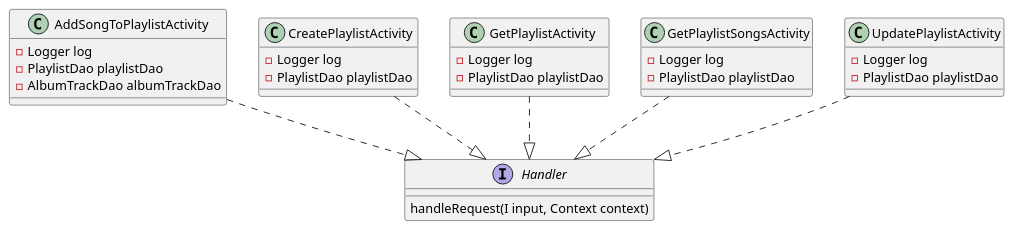
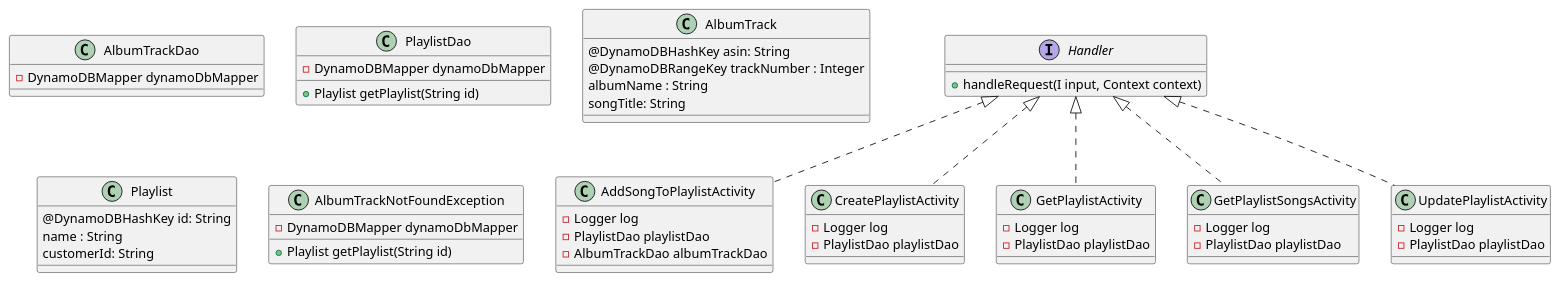
The diagram in src/resources/mastery-task1-music-playlist-CD.puml (Kubwayojc/Music_PlayList_Service), drawn with PlantUML before and after one commit.

```diff
--- a/src/resources/mastery-task1-music-playlist-CD.puml
+++ b/src/resources/mastery-task1-music-playlist-CD.puml
@@ -1,45 +1,80 @@
 @startuml
 'https://plantuml.com/class-diagram
 
 interface Handler{
-    {method}handleRequest(I input, Context context)
+    +handleRequest(I input, Context context)
 }
 
 class AddSongToPlaylistActivity {
--{field}Logger log
--{field}PlaylistDao playlistDao
--{field}AlbumTrackDao albumTrackDao
+-Logger log
+-PlaylistDao playlistDao
+-AlbumTrackDao albumTrackDao
 }
 
 
 class CreatePlaylistActivity {
--{field}Logger log
--{field}PlaylistDao playlistDao
+-Logger log
+-PlaylistDao playlistDao
 }
 
 class GetPlaylistActivity {
--{field}Logger log
--{field}PlaylistDao playlistDao
+-Logger log
+-PlaylistDao playlistDao
 }
 
 class GetPlaylistSongsActivity {
--{field}Logger log
--{field}PlaylistDao playlistDao
+-Logger log
+-PlaylistDao playlistDao
 }
 
 
 class UpdatePlaylistActivity {
--{field}Logger log
--{field}PlaylistDao playlistDao
+-Logger log
+-PlaylistDao playlistDao
 }
 
-AddSongToPlaylistActivity ..|> Handler
-CreatePlaylistActivity  ..|> Handler
-GetPlaylistActivity ..|> Handler
-GetPlaylistSongsActivity ..|> Handler
-UpdatePlaylistActivity ..|> Handler
+class AlbumTrackDao {
+-DynamoDBMapper dynamoDbMapper
+}
+
+class PlaylistDao {
+-DynamoDBMapper dynamoDbMapper
++Playlist getPlaylist(String id)
+}
+
+class AlbumTrack {
+@DynamoDBHashKey asin: String
+@DynamoDBRangeKey trackNumber : Integer
+albumName : String
+songTitle: String
+}
+
+class Playlist {
+@DynamoDBHashKey id: String
+name : String
+customerId: String
+}
+
+class AlbumTrackNotFoundException {
+-DynamoDBMapper dynamoDbMapper
++Playlist getPlaylist(String id)
+}
+
+
+
+
+
+
+
+
+
+Handler <|.. AddSongToPlaylistActivity
+Handler <|.. CreatePlaylistActivity
+Handler <|.. GetPlaylistActivity
+Handler <|.. GetPlaylistSongsActivity
+Handler <|.. UpdatePlaylistActivity
 
 
 
 
 @enduml
```
